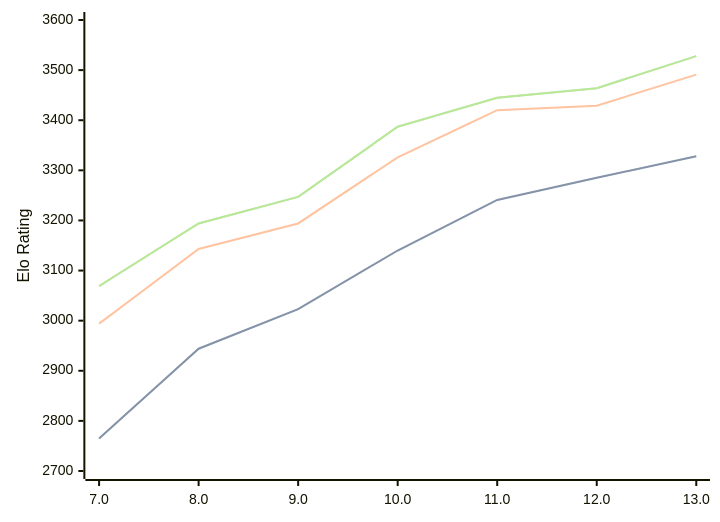
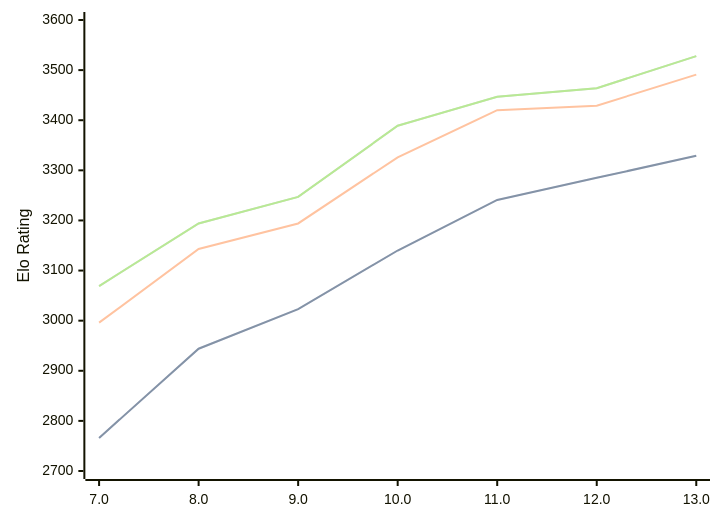
The diagram in engines/Tcheran.md (computer-chess-index/cci), drawn with Mermaid before and after one commit. The commit also changed other lines of this file, not shown here.

Commit message:
Update CCI Ratings (ELO VLTC) - 2026-09-06

````diff
--- a/engines/Tcheran.md
+++ b/engines/Tcheran.md
@@ -37,11 +37,11 @@
 ```mermaid
 %%{init: {"theme":"base","themeVariables":{"seriesColors:['#a3a3a3','#222221','#faa371']}}}%%
 xychart-beta
   x-axis ["7.0", "8.0", "9.0", "10.0", "11.0", "12.0", "13.0"]
   y-axis "Elo Rating" 2700 --> 3600
-  line "" [2765, 2944, 3023, 3140, 3241, 3285, 3328]
-  line "STC (8.0+0.08s)" [2765, 2944, 3023, 3140, 3241, 3285, 3328]
-  line "LTC (60.0+0.60s)" [2994, 3143, 3194, 3326, 3420, 3429, 3491]
-  line "" [3069, 3194, 3247, 3387, 3445, 3464, 3528]
-  line "VLTC (2m24s+1.12s)" [3069, 3194, 3247, 3387, 3445, 3464, 3528]
+  line "" [2766, 2944, 3023, 3140, 3241, 3285, 3329]
+  line "STC (8.0+0.08s)" [2766, 2944, 3023, 3140, 3241, 3285, 3329]
+  line "LTC (60.0+0.60s)" [2996, 3143, 3194, 3326, 3420, 3429, 3491]
+  line "" [3069, 3194, 3247, 3389, 3447, 3464, 3528]
+  line "VLTC (2m24s+1.12s)" [3069, 3194, 3247, 3389, 3447, 3464, 3528]
 ```
````
